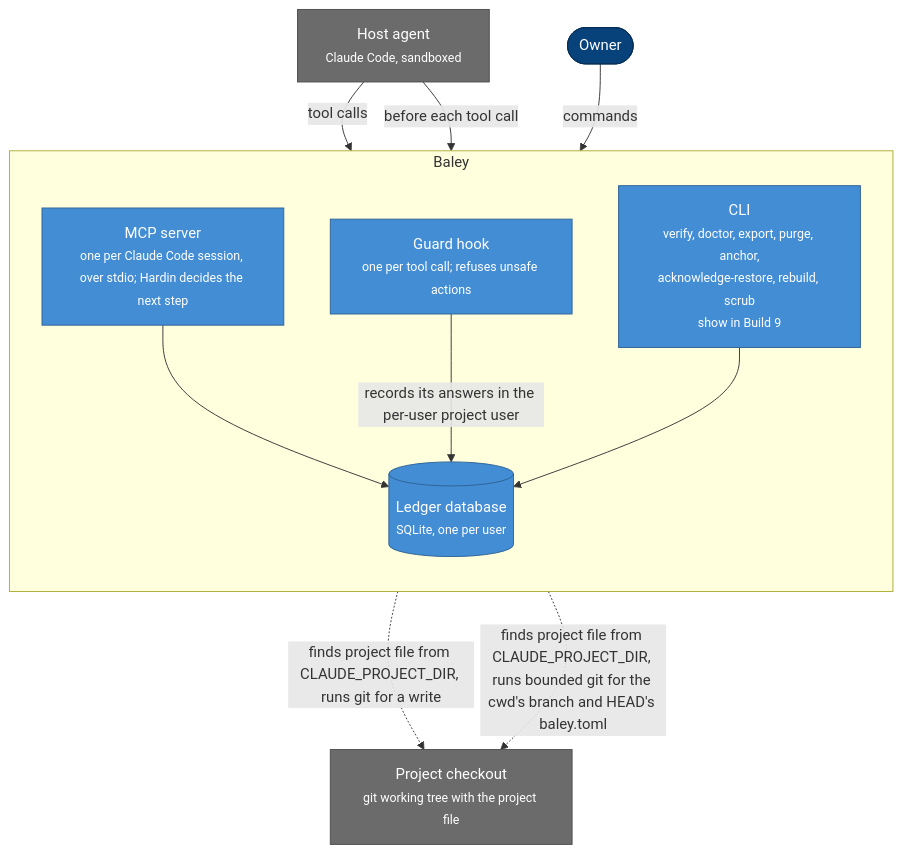
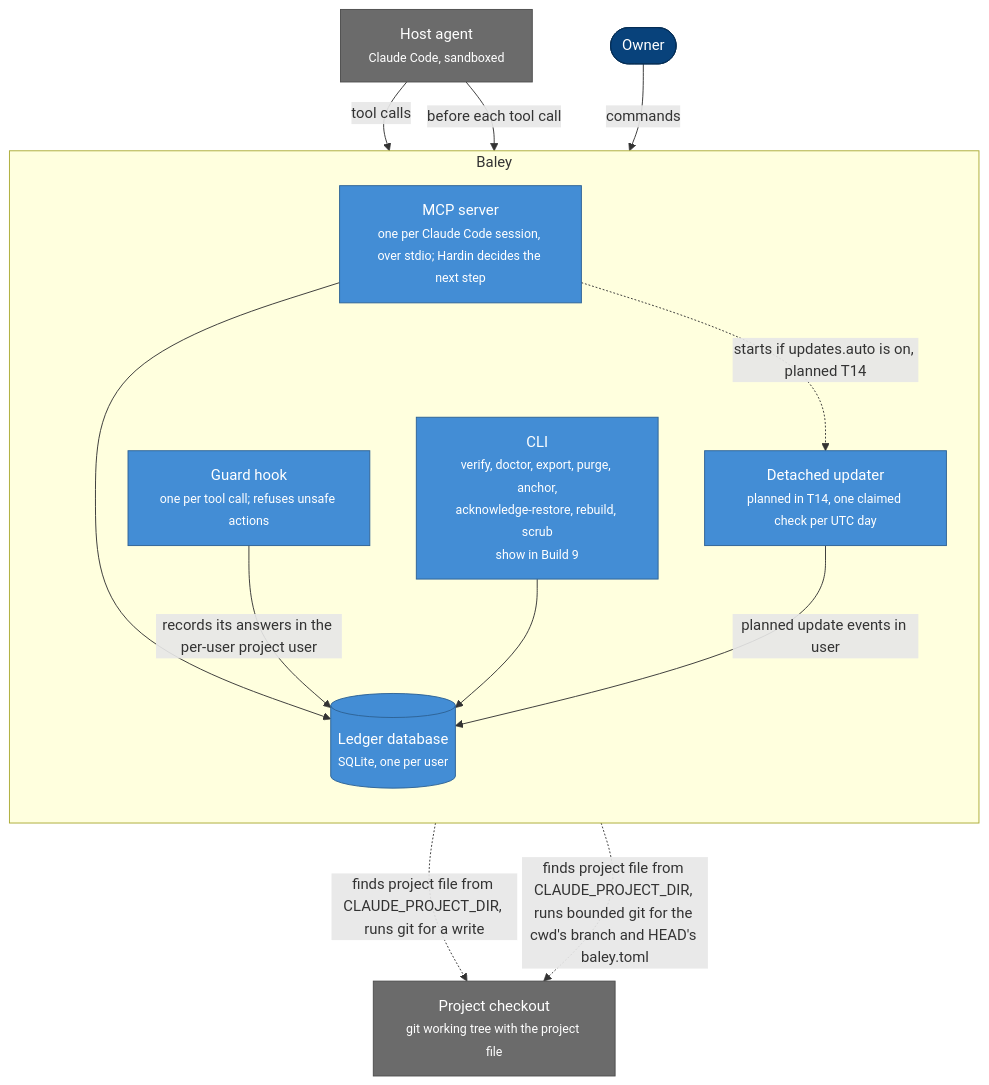
The second of 14 diagrams in docs/design/0001-evidence-ledger.md (crenshawdev/baley), drawn with Mermaid before and after one commit. The commit also changed other lines of this file and 6 other files, not shown here.

````diff
--- a/docs/design/0001-evidence-ledger.md
+++ b/docs/design/0001-evidence-ledger.md
@@ -158,27 +158,30 @@
 ```mermaid
 flowchart TB
   owner(["Owner"])
   host["Host agent<br/><small>Claude Code, sandboxed</small>"]
   subgraph baley [Baley]
     direction TB
     server["MCP server<br/><small>one per Claude Code session, over stdio; Hardin decides the next step</small>"]
     guard["Guard hook<br/><small>one per tool call; refuses unsafe actions</small>"]
     cli["CLI<br/><small>verify, doctor, export, purge, anchor,<br/>acknowledge-restore, rebuild, scrub<br/>show in Build 9</small>"]
+    updater["Detached updater<br/><small>planned in T14, one claimed check per UTC day</small>"]
     db[("Ledger database<br/><small>SQLite, one per user</small>")]
   end
   checkout["Project checkout<br/><small>git working tree with the project file</small>"]
   host -->|tool calls| server
   host -->|before each tool call| guard
   owner -->|commands| cli
   server --> db
   guard -->|records its answers in the per-user project user| db
   cli --> db
+  server -.->|starts if updates.auto is on, planned T14| updater
+  updater -->|planned update events in user| db
   server -.->|finds project file from CLAUDE_PROJECT_DIR, runs git for a write| checkout
   guard -.->|finds project file from CLAUDE_PROJECT_DIR, runs bounded git for the cwd's branch and HEAD's baley.toml| checkout
   classDef person fill:#08427b,stroke:#052e56,color:#fff
   classDef container fill:#438dd5,stroke:#2e6295,color:#fff
   classDef external fill:#6b6b6b,stroke:#4d4d4d,color:#fff
   class owner person
-  class server,guard,cli,db container
+  class server,guard,cli,updater,db container
   class host,checkout external
 ```
````
